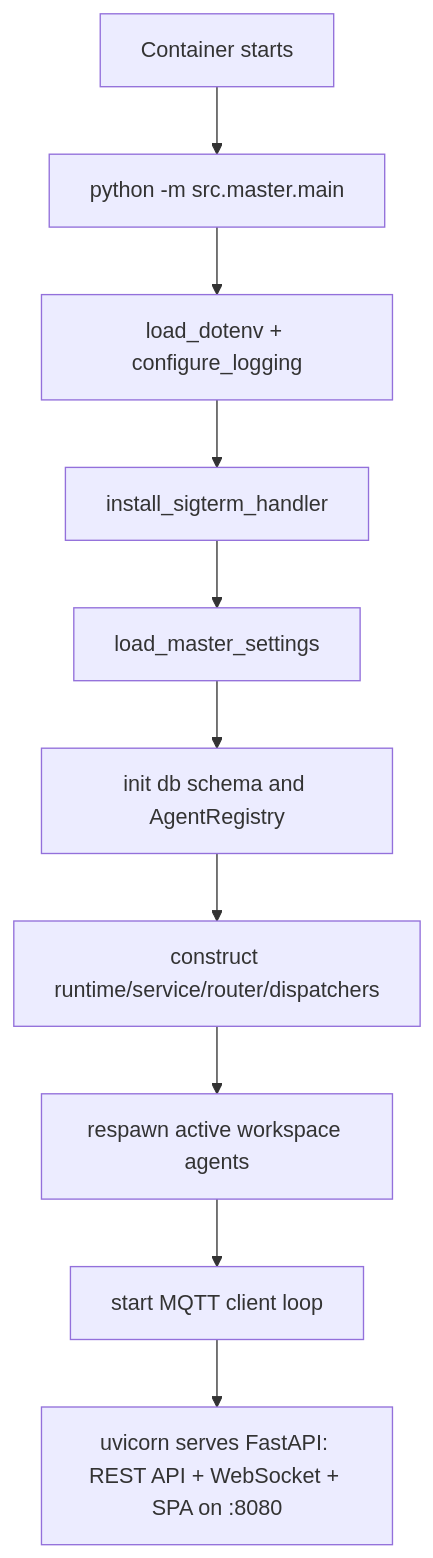
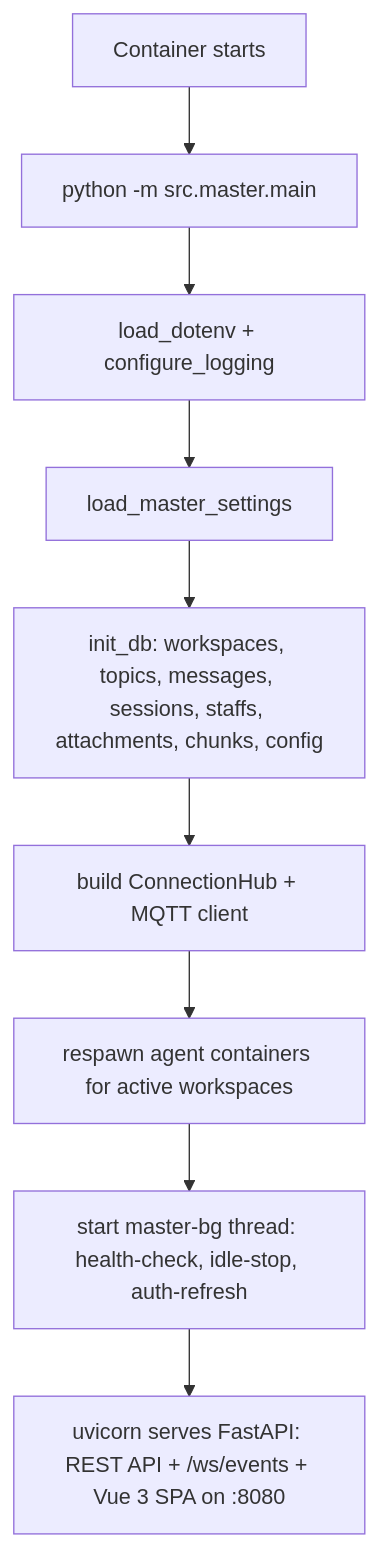
The first of 2 diagrams in docs/design/containers/master-container-design.md (pandazxx/codex-slack), drawn with Mermaid before and after one commit. The commit also changed other lines of this file, not shown here.

First line of the commit message:
docs: rewrite master-container design doc body for v3

````diff
--- a/docs/design/containers/master-container-design.md
+++ b/docs/design/containers/master-container-design.md
@@ -62,12 +66,11 @@
 ```mermaid
 flowchart TD
     A[Container starts] --> B[python -m src.master.main]
     B --> C[load_dotenv + configure_logging]
-    C --> D[install_sigterm_handler]
-    D --> E[load_master_settings]
-    E --> F[init db schema and AgentRegistry]
-    F --> G[construct runtime/service/router/dispatchers]
-    G --> H[respawn active workspace agents]
-    H --> I[start MQTT client loop]
-    I --> J[uvicorn serves FastAPI: REST API + WebSocket + SPA on :8080]
+    C --> D[load_master_settings]
+    D --> E[init_db: workspaces, topics, messages, sessions, staffs, attachments, chunks, config]
+    E --> F[build ConnectionHub + MQTT client]
+    F --> G[respawn agent containers for active workspaces]
+    G --> H[start master-bg thread: health-check, idle-stop, auth-refresh]
+    H --> I[uvicorn serves FastAPI: REST API + /ws/events + Vue 3 SPA on :8080]
 ```
````
